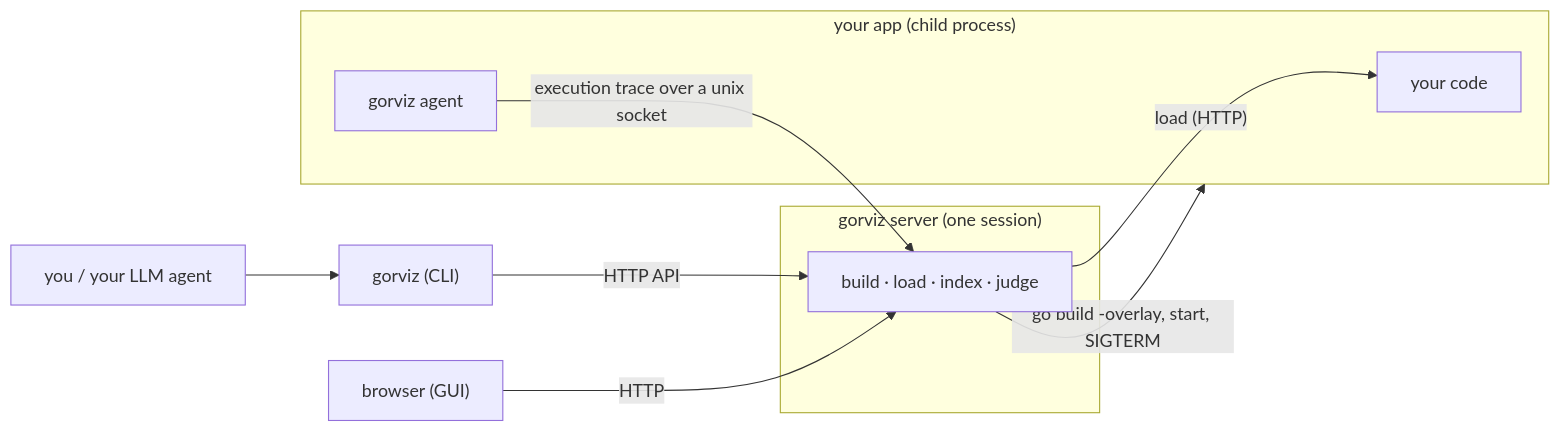
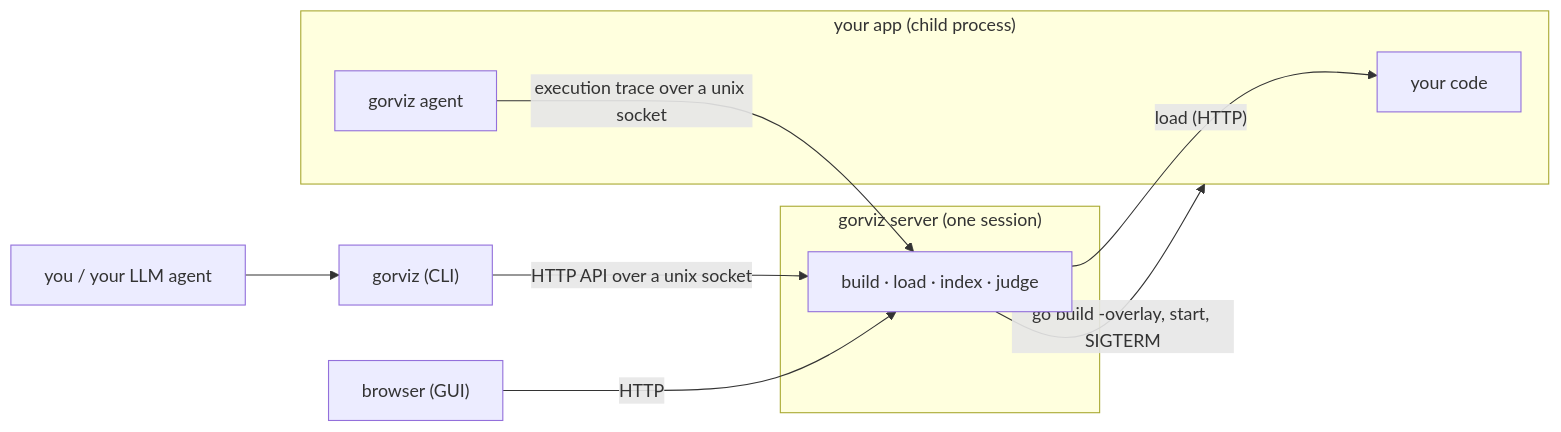
The diagram in README.md (kakkky/gorviz), drawn with Mermaid before and after one commit. The commit also changed other lines of this file and 47 other files, not shown here.

````diff
--- a/README.md
+++ b/README.md
@@ -58,20 +58,20 @@
 ```mermaid
 flowchart LR
     you["you / your LLM agent"]
     cli["gorviz (CLI)"]
     subgraph daemon["gorviz server (one session)"]
         server["build · load · index · judge"]
     end
     subgraph app["your app (child process)"]
         code["your code"]
         agent["gorviz agent"]
     end
     browser["browser (GUI)"]
 
     you --> cli
-    cli -->|"HTTP API"| server
+    cli -->|"HTTP API over a unix socket"| server
     server -->|"go build -overlay, start, SIGTERM"| app
     server -->|"load (HTTP)"| code
     agent -->|"execution trace over a unix socket"| server
     browser -->|"HTTP"| server
 ```
````
